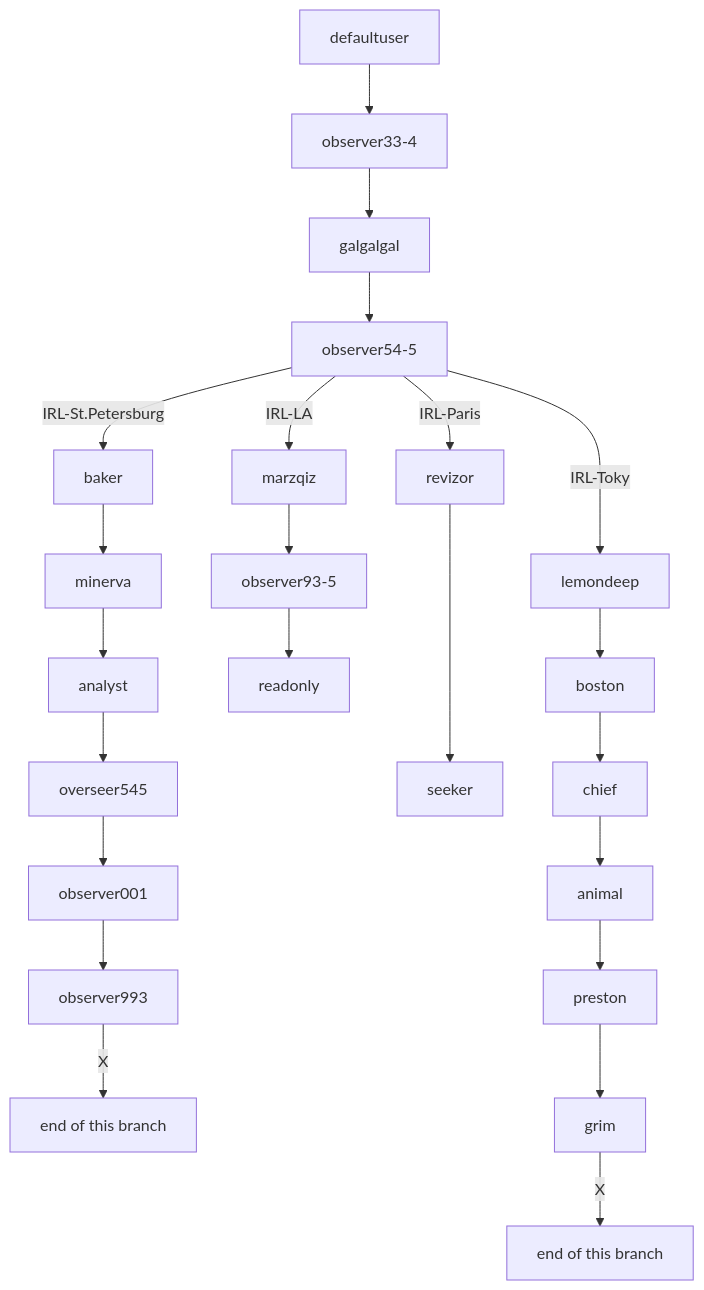
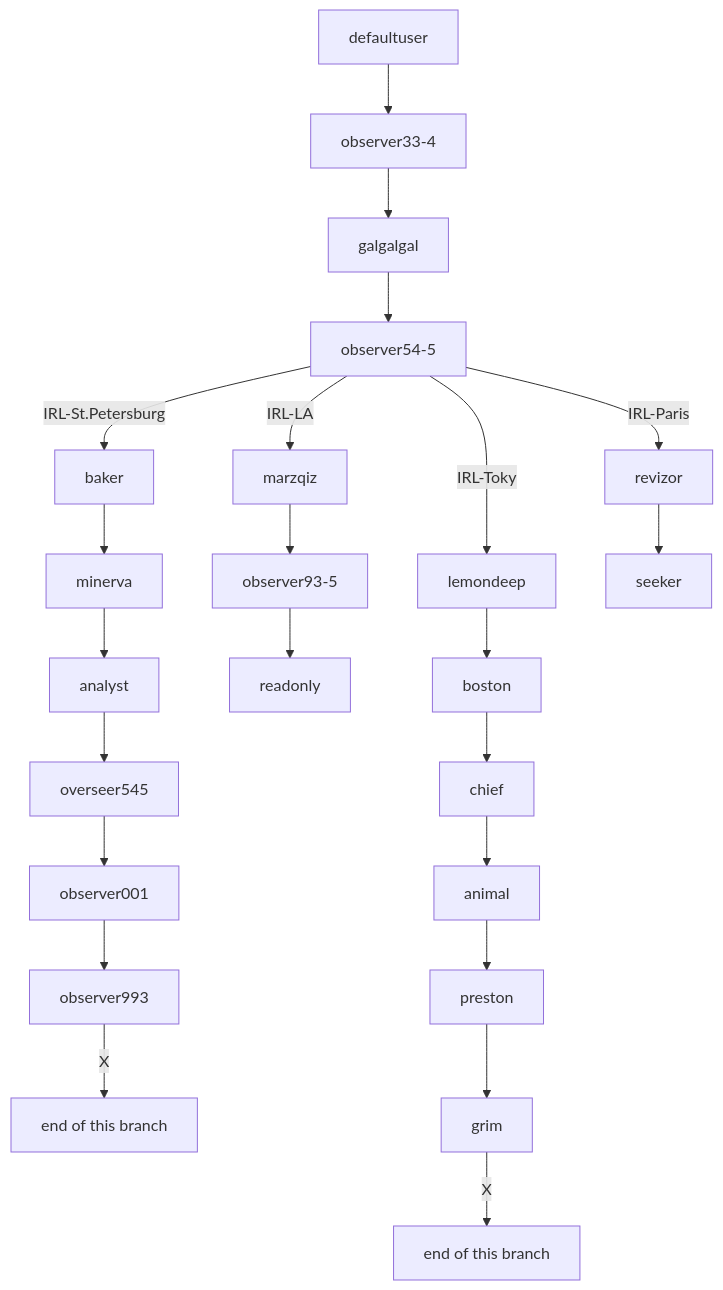
Before and after one commit to Philsie/ARRS-documentation: the diagram in README.md, drawn with Mermaid. The commit also changed other lines of this file, not shown here.

````diff
--- a/README.md
+++ b/README.md
@@ -33,25 +33,25 @@
 ```mermaid
 graph TD;
     defaultuser-->observer33-4;
     observer33-4-->galgalgal;
     galgalgal-->observer54-5;
     observer54-5--IRL-Paris-->revizor;
     observer54-5--IRL-LA-->marzqiz;
     observer54-5--IRL-St.Petersburg-->baker;
     observer54-5--IRL-Tokyo-->lemondeep;
     baker-->minerva;
     minerva-->analyst;
     analyst-->overseer545;
     overseer545-->observer001;
     observer001-->observer993;
     observer993--X-->russiaEnd["end of this branch"];
     marzqiz-->observer93-5;
     observer93-5-->readonly;
-    revizor---->seeker;
+    revizor-->seeker;
     lemondeep-->boston;
     boston-->chief;
     chief-->animal;
     animal-->preston;
     preston-->grim;
     grim--X-->japanEnd["end of this branch"];
 ```
````
